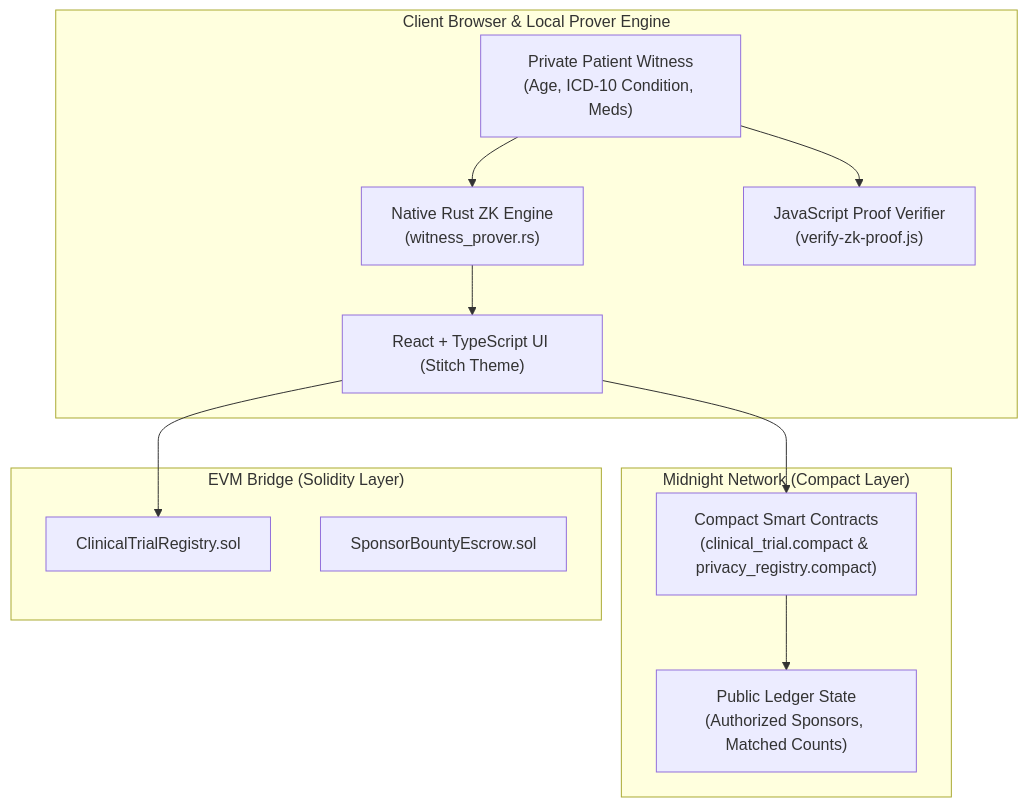
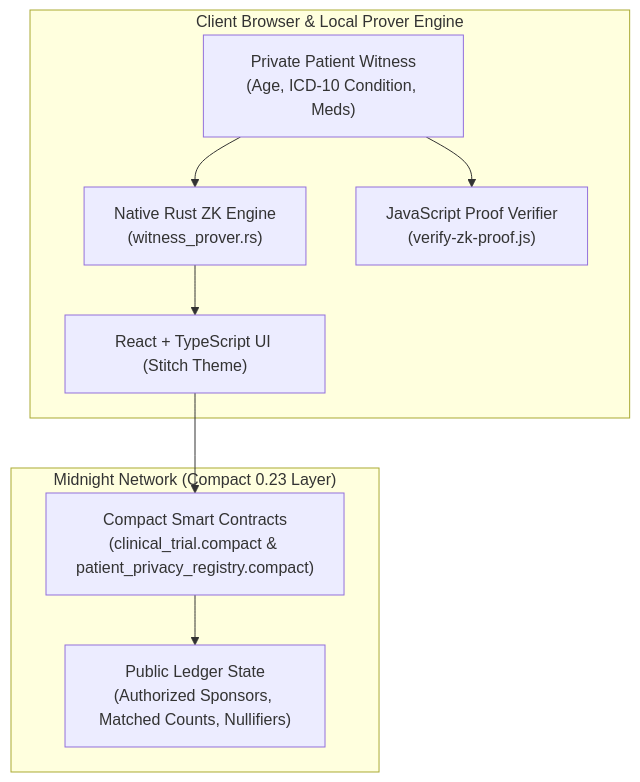
Before and after one commit to shritesh263/-CipherTrial-Anonymous-Clinical-Trial-Matching-DApp: the diagram in README.md, drawn with Mermaid. The commit also changed other lines of this file and 4 other files, not shown here.

Commit message:
\ chore: remove all Solidity contracts and transition 100% to Midnight Compact language\

````diff
--- a/README.md
+++ b/README.md
@@ -81,26 +79,20 @@
 ```mermaid
 flowchart TB
     subgraph Client ["Client Browser & Local Prover Engine"]
         UI["React + TypeScript UI (Stitch Theme)"]
         RustEngine["Native Rust ZK Engine\n(witness_prover.rs)"]
         JSEngine["JavaScript Proof Verifier\n(verify-zk-proof.js)"]
         Witness["Private Patient Witness\n(Age, ICD-10 Condition, Meds)"]
     end
 
-    subgraph MidnightNet ["Midnight Network (Compact Layer)"]
-        CompactContract["Compact Smart Contracts\n(clinical_trial.compact & privacy_registry.compact)"]
-        LedgerState["Public Ledger State\n(Authorized Sponsors, Matched Counts)"]
-    end
-
-    subgraph EVMNet ["EVM Bridge (Solidity Layer)"]
-        SolidityRegistry["ClinicalTrialRegistry.sol"]
-        SolidityEscrow["SponsorBountyEscrow.sol"]
+    subgraph MidnightNet ["Midnight Network (Compact 0.23 Layer)"]
+        CompactContract["Compact Smart Contracts\n(clinical_trial.compact & patient_privacy_registry.compact)"]
+        LedgerState["Public Ledger State\n(Authorized Sponsors, Matched Counts, Nullifiers)"]
     end
 
     Witness --> RustEngine
     Witness --> JSEngine
     RustEngine --> UI
     UI --> CompactContract
     CompactContract --> LedgerState
-    UI --> SolidityRegistry
 ```
````
